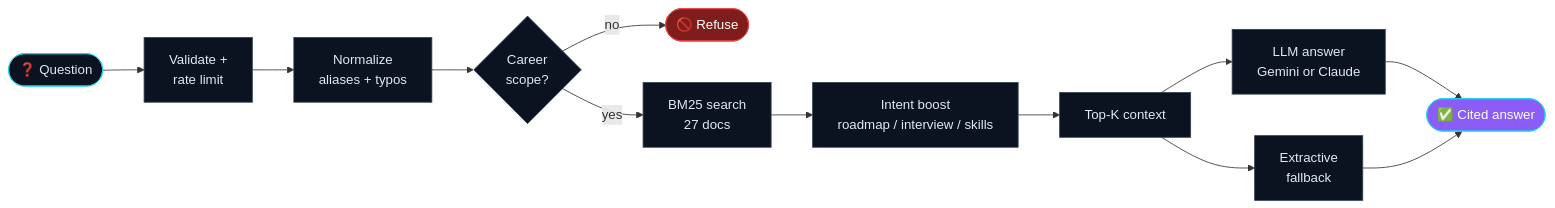
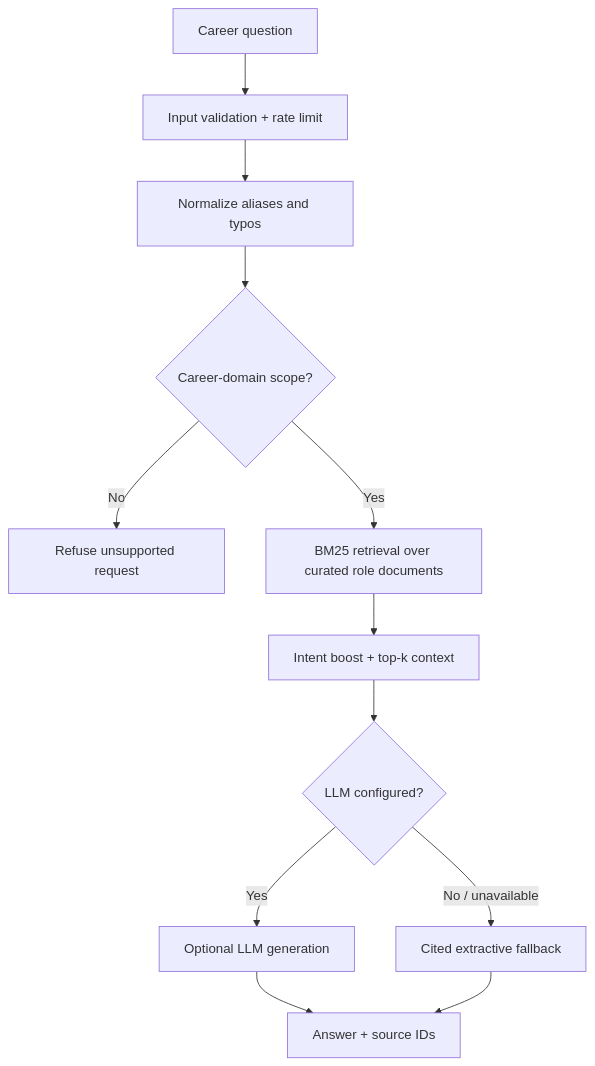
The diagram in README.md (AnyalstRushi/careersage-ai), drawn with Mermaid before and after one commit. The commit also changed other lines of this file, not shown here.

Commit message:
Upgrade README with premium product showcase and open-source project guide

````diff
--- a/README.md
+++ b/README.md
@@ -113,23 +105,14 @@
 ```mermaid
-flowchart LR
-    Q(["❓ Question"]) --> V["Validate +<br/>rate limit"]
-    V --> N["Normalize<br/>aliases + typos"]
-    N --> G{"Career<br/>scope?"}
-    G -- "no" --> R(["🚫 Refuse"])
-    G -- "yes" --> B["BM25 search<br/>27 docs"]
-    B --> I["Intent boost<br/>roadmap / interview / skills"]
-    I --> K["Top-K context"]
-    K --> L["LLM answer<br/>Gemini or Claude"]
-    K --> E["Extractive<br/>fallback"]
-    L --> A(["✅ Cited answer"])
-    E --> A
-
-    classDef start fill:#0b1220,stroke:#22d3ee,color:#e2e8f0;
-    classDef step fill:#0b1220,stroke:#334155,color:#e2e8f0;
-    classDef stop fill:#7f1d1d,stroke:#ef4444,color:#fff;
-    classDef good fill:#8b5cf6,stroke:#22d3ee,color:#fff;
-    class Q start;
-    class V,N,G,B,I,K,L,E step;
-    class R stop;
-    class A good;
+flowchart TD
+    A["Career question"] --> B["Input validation + rate limit"]
+    B --> C["Normalize aliases and typos"]
+    C --> D{"Career-domain scope?"}
+    D -- "No" --> E["Refuse unsupported request"]
+    D -- "Yes" --> F["BM25 retrieval over curated role documents"]
+    F --> G["Intent boost + top-k context"]
+    G --> H{"LLM configured?"}
+    H -- "Yes" --> I["Optional LLM generation"]
+    H -- "No / unavailable" --> J["Cited extractive fallback"]
+    I --> K["Answer + source IDs"]
+    J --> K
 ```
````
